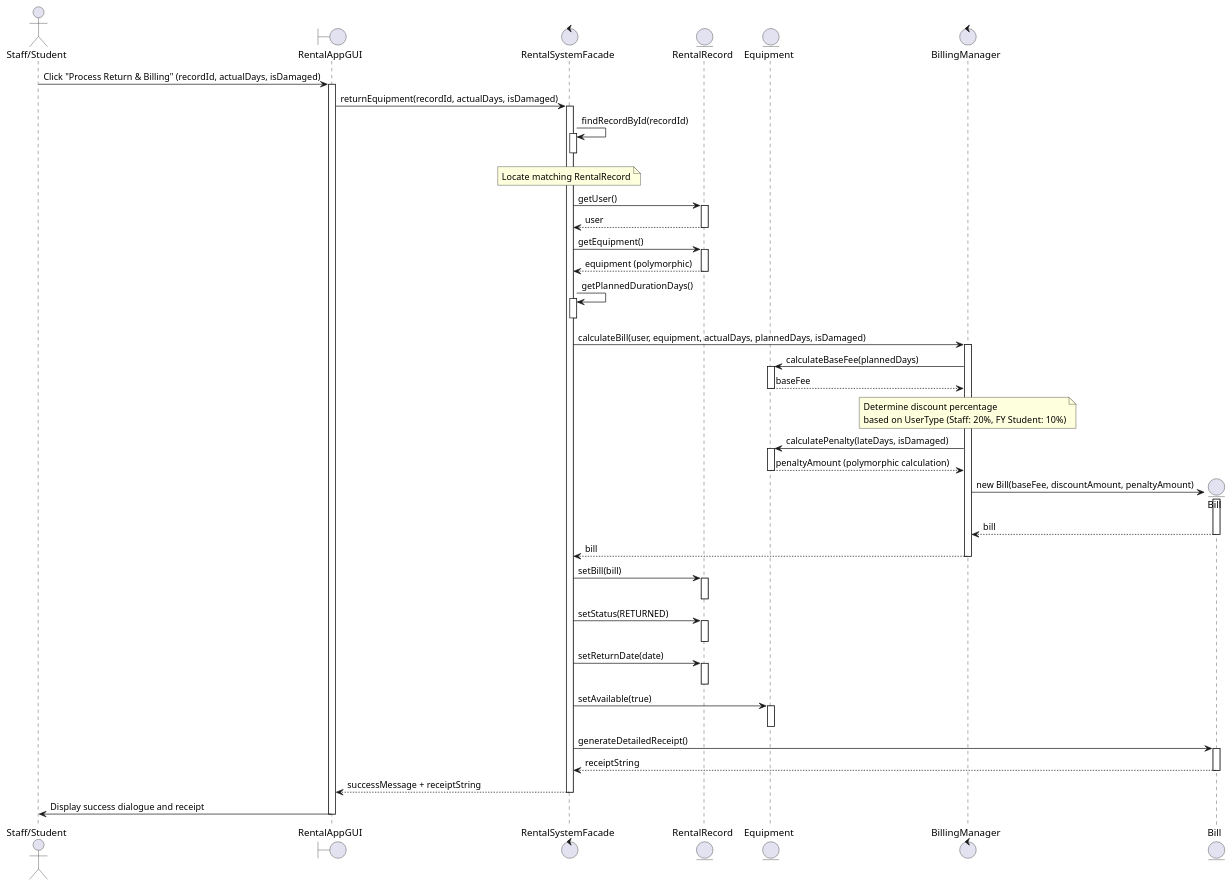
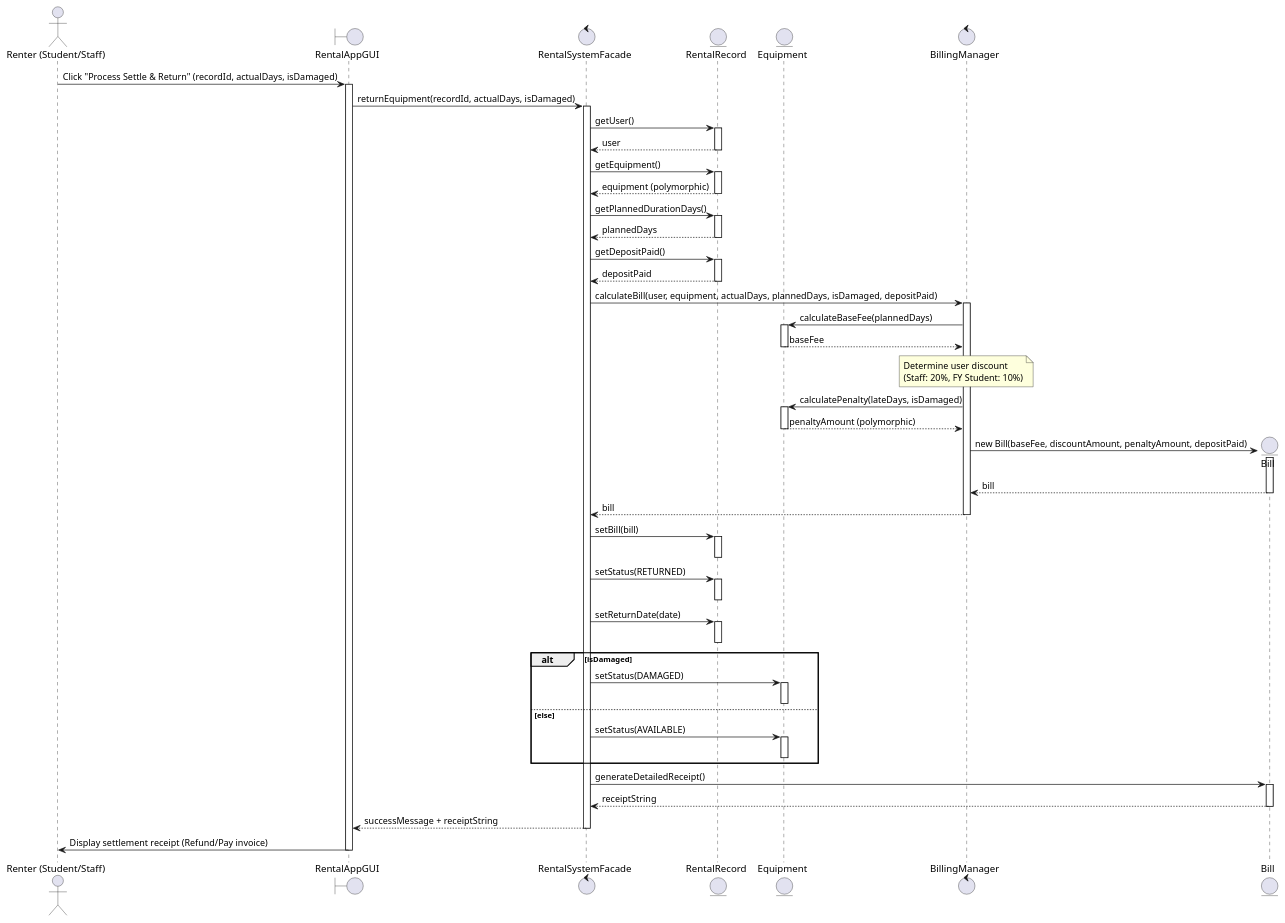
The diagram in Final Assignment/uml/sequence_diagram.puml (Azieltan/OOAD_FINAL_ASSIGNMENT), drawn with PlantUML before and after one commit. The commit also changed 14 other files, not shown here.

Commit message:
Implement self-service login, role-based views, deposit system, and equipment conditions

```diff
--- a/Final Assignment/uml/sequence_diagram.puml
+++ b/Final Assignment/uml/sequence_diagram.puml
@@ -1,87 +1,93 @@
 @startuml Sequence Diagram - Return and Billing Calculation
-actor "Staff/Student" as client
+actor "Renter (Student/Staff)" as client
 boundary "RentalAppGUI" as gui
 control "RentalSystemFacade" as facade
 entity "RentalRecord" as record
 entity "Equipment" as equip
 control "BillingManager" as billing
 entity "Bill" as bill
 
-client -> gui : Click "Process Return & Billing" (recordId, actualDays, isDamaged)
+client -> gui : Click "Process Settle & Return" (recordId, actualDays, isDamaged)
 activate gui
 
 gui -> facade : returnEquipment(recordId, actualDays, isDamaged)
 activate facade
-
-facade -> facade : findRecordById(recordId)
-activate facade
-deactivate facade
-
-note over facade: Locate matching RentalRecord
 
 facade -> record : getUser()
 activate record
 record --> facade : user
 deactivate record
 
 facade -> record : getEquipment()
 activate record
 record --> facade : equipment (polymorphic)
 deactivate record
 
-facade -> facade : getPlannedDurationDays()
-activate facade
-deactivate facade
+facade -> record : getPlannedDurationDays()
+activate record
+record --> facade : plannedDays
+deactivate record
 
-facade -> billing : calculateBill(user, equipment, actualDays, plannedDays, isDamaged)
+facade -> record : getDepositPaid()
+activate record
+record --> facade : depositPaid
+deactivate record
+
+facade -> billing : calculateBill(user, equipment, actualDays, plannedDays, isDamaged, depositPaid)
 activate billing
 
 billing -> equip : calculateBaseFee(plannedDays)
 activate equip
 equip --> billing : baseFee
 deactivate equip
 
-note over billing: Determine discount percentage\nbased on UserType (Staff: 20%, FY Student: 10%)
+note over billing: Determine user discount\n(Staff: 20%, FY Student: 10%)
 
 billing -> equip : calculatePenalty(lateDays, isDamaged)
 activate equip
-equip --> billing : penaltyAmount (polymorphic calculation)
+equip --> billing : penaltyAmount (polymorphic)
 deactivate equip
 
 create bill
-billing -> bill : new Bill(baseFee, discountAmount, penaltyAmount)
+billing -> bill : new Bill(baseFee, discountAmount, penaltyAmount, depositPaid)
 activate bill
 bill --> billing : bill
 deactivate bill
 
 billing --> facade : bill
 deactivate billing
 
 facade -> record : setBill(bill)
 activate record
 deactivate record
 
 facade -> record : setStatus(RETURNED)
 activate record
 deactivate record
 
 facade -> record : setReturnDate(date)
 activate record
 deactivate record
 
-facade -> equip : setAvailable(true)
-activate equip
-deactivate equip
+alt isDamaged
+    facade -> equip : setStatus(DAMAGED)
+    activate equip
+    deactivate equip
+else else
+    facade -> equip : setStatus(AVAILABLE)
+    activate equip
+    deactivate equip
+end
 
 facade -> bill : generateDetailedReceipt()
 activate bill
 bill --> facade : receiptString
 deactivate bill
 
 facade --> gui : successMessage + receiptString
 deactivate facade
 
-gui -> client : Display success dialogue and receipt
+gui -> client : Display settlement receipt (Refund/Pay invoice)
 deactivate gui
 
 @enduml
```
